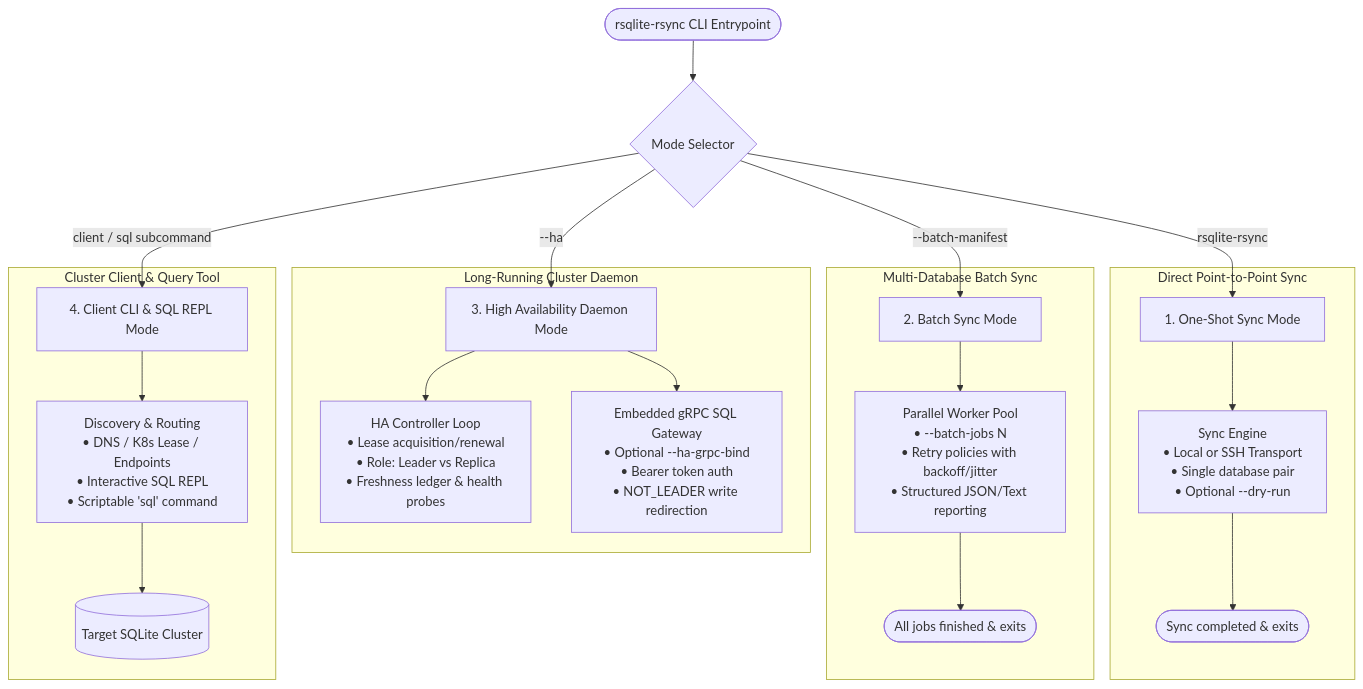
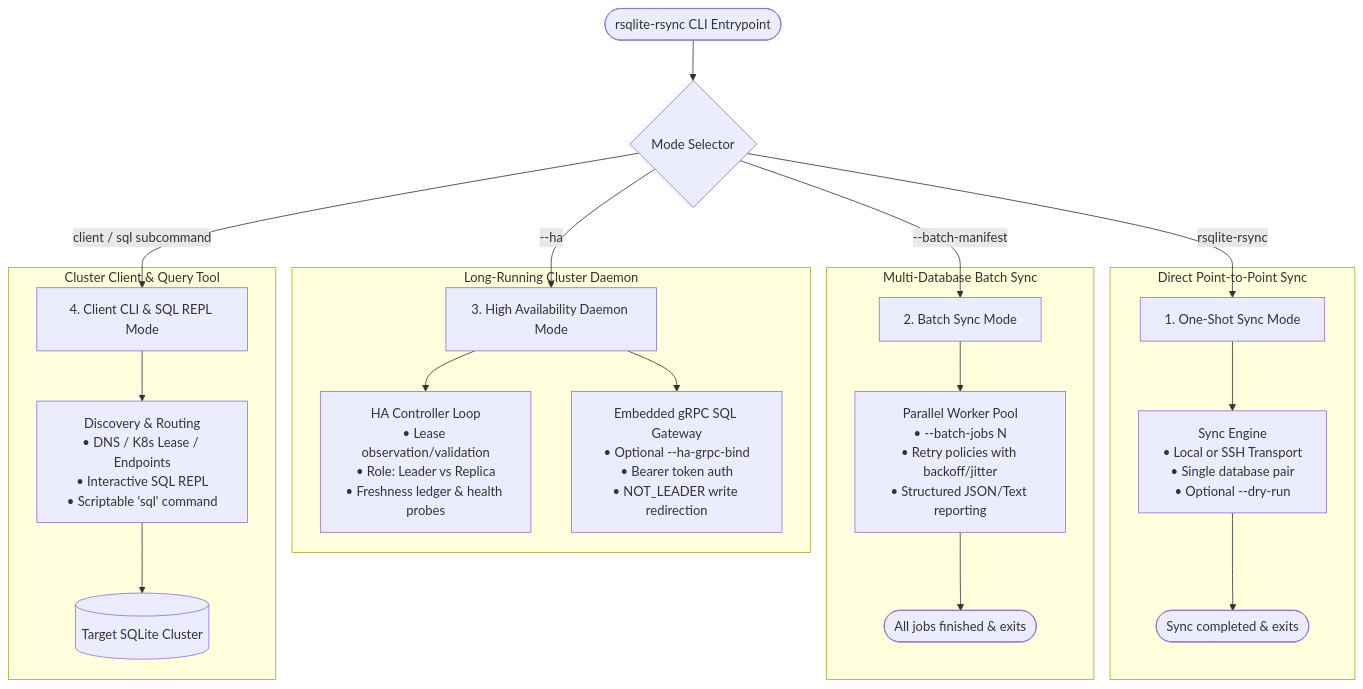
The sixth of 11 diagrams in docs/architecture-diagrams.md (sria91/rsqlite-rsync), drawn with Mermaid before and after one commit. The commit also changed other lines of this file, not shown here.

First line of the commit message:
docs: address PR review feedback on architecture diagrams

````diff
--- a/docs/architecture-diagrams.md
+++ b/docs/architecture-diagrams.md
@@ -155,32 +155,32 @@
 ```mermaid
 flowchart TD
     CLI(["rsqlite-rsync CLI Entrypoint"]) --> Switch{"Mode Selector"}
 
     %% Mode 1: One-Shot Sync
     Switch -->|"rsqlite-rsync <origin> <replica>"| M1["1. One-Shot Sync Mode"]
     subgraph Mode1["Direct Point-to-Point Sync"]
         M1 --> M1_Core["Sync Engine<br/>• Local or SSH Transport<br/>• Single database pair<br/>• Optional --dry-run"]
         M1_Core --> M1_Exit(["Sync completed & exits"])
     end
 
     %% Mode 2: Batch Sync
     Switch -->|"--batch-manifest <file>"| M2["2. Batch Sync Mode"]
     subgraph Mode2["Multi-Database Batch Sync"]
         M2 --> M2_Pool["Parallel Worker Pool<br/>• --batch-jobs N<br/>• Retry policies with backoff/jitter<br/>• Structured JSON/Text reporting"]
         M2_Pool --> M2_Exit(["All jobs finished & exits"])
     end
 
     %% Mode 3: HA Mode
     Switch -->|"--ha"| M3["3. High Availability Daemon Mode"]
     subgraph Mode3["Long-Running Cluster Daemon"]
-        M3 --> M3_HA["HA Controller Loop<br/>• Lease acquisition/renewal<br/>• Role: Leader vs Replica<br/>• Freshness ledger & health probes"]
+        M3 --> M3_HA["HA Controller Loop<br/>• Lease observation/validation<br/>• Role: Leader vs Replica<br/>• Freshness ledger & health probes"]
         M3 --> M3_GW["Embedded gRPC SQL Gateway<br/>• Optional --ha-grpc-bind<br/>• Bearer token auth<br/>• NOT_LEADER write redirection"]
     end
 
     %% Mode 4: Client & SQL REPL
     Switch -->|"client / sql subcommand"| M4["4. Client CLI & SQL REPL Mode"]
     subgraph Mode4["Cluster Client & Query Tool"]
         M4 --> M4_Disc["Discovery & Routing<br/>• DNS / K8s Lease / Endpoints<br/>• Interactive SQL REPL<br/>• Scriptable 'sql' command"]
         M4_Disc --> M4_Target[("Target SQLite Cluster")]
     end
 ```
````
